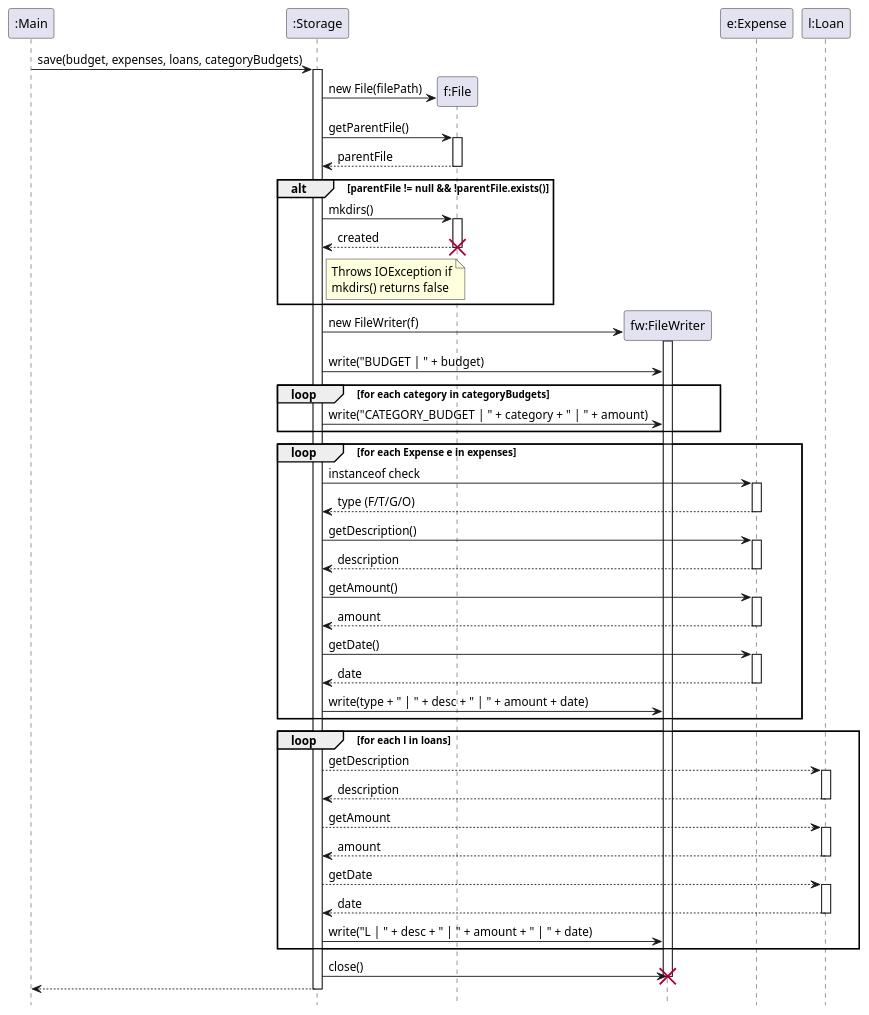
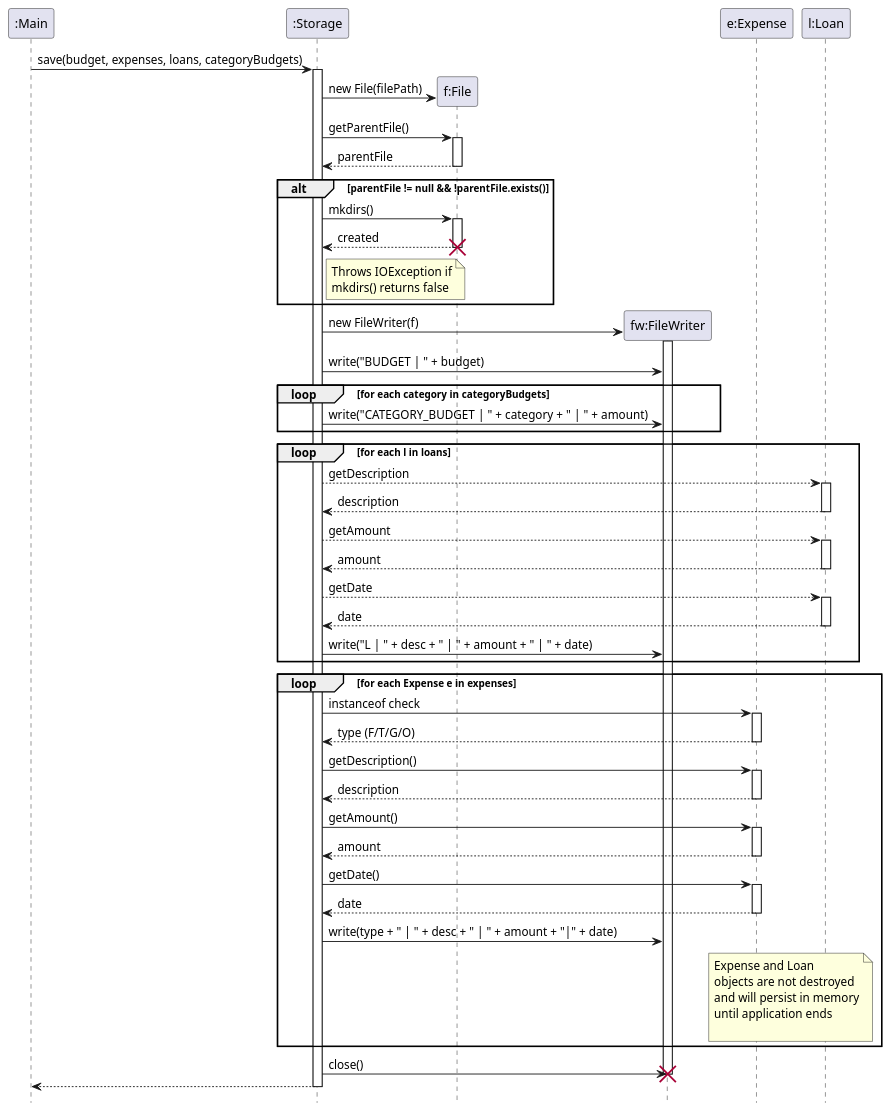
One commit to ivan-tan/tp changed the diagram in docs/Diagrams/storage.save.puml. Above: the diagram before and after it, drawn with PlantUML. The commit also changed 4 other files, not shown here.

```diff
--- a/docs/Diagrams/storage.save.puml
+++ b/docs/Diagrams/storage.save.puml
@@ -1,89 +1,99 @@
 @startuml
 participant ":Main" as Main
 participant ":Storage" as Storage
 participant "f:File" as File
 participant "fw:FileWriter" as FileWriter
 participant "e:Expense" as Expense
 participant "l:Loan" as Loan
 hide footbox
 
 Main -> Storage : save(budget, expenses, loans, categoryBudgets)
 activate Storage
 
 Storage -> File ** : new File(filePath)
 Storage -> File : getParentFile()
 activate File
 File --> Storage : parentFile
 deactivate File
 
 alt parentFile != null && !parentFile.exists()
     Storage -> File : mkdirs()
     activate File
     File --> Storage : created
     destroy File
 
     note right of Storage
         Throws IOException if
         mkdirs() returns false
     end note
 end
 
 create FileWriter
 Storage -> FileWriter : new FileWriter(f)
 activate FileWriter
 
 Storage -> FileWriter : write("BUDGET | " + budget)
 
 loop for each category in categoryBudgets
     Storage -> FileWriter : write("CATEGORY_BUDGET | " + category + " | " + amount)
 end
 
+loop for each l in loans
+    Storage --> Loan : getDescription
+    activate Loan
+    Loan --> Storage : description
+    deactivate Loan
+
+    Storage --> Loan : getAmount
+    activate Loan
+    Loan --> Storage : amount
+    deactivate Loan
+
+    Storage --> Loan : getDate
+    activate Loan
+    Loan --> Storage : date
+    deactivate Loan
+
+    Storage -> FileWriter : write("L | " + desc + " | " + amount + " | " + date)
+end
+
 loop for each Expense e in expenses
     Storage -> Expense : instanceof check
     activate Expense
     Expense --> Storage : type (F/T/G/O)
     deactivate Expense
 
     Storage -> Expense : getDescription()
     activate Expense
     Expense --> Storage : description
     deactivate Expense
 
     Storage -> Expense : getAmount()
     activate Expense
     Expense --> Storage : amount
     deactivate Expense
 
     Storage -> Expense : getDate()
         activate Expense
         Expense --> Storage : date
         deactivate Expense
 
-    Storage -> FileWriter : write(type + " | " + desc + " | " + amount + date)
+    Storage -> FileWriter : write(type + " | " + desc + " | " + amount + "|" + date)
+    note over Expense,Loan
+    Expense and Loan
+    objects are not destroyed
+    and will persist in memory
+    until application ends
+
+    end note
+
 end
 
-loop for each l in loans
-    Storage --> Loan : getDescription
-    activate Loan
-    Loan --> Storage : description
-    deactivate Loan
 
-    Storage --> Loan : getAmount
-    activate Loan
-    Loan --> Storage : amount
-    deactivate Loan
-
-    Storage --> Loan : getDate
-    activate Loan
-    Loan --> Storage : date
-    deactivate Loan
-
-    Storage -> FileWriter : write("L | " + desc + " | " + amount + " | " + date)
-end
 
 Storage -> FileWriter : close()
 destroy FileWriter
 
 Storage --> Main
 deactivate Storage
 @enduml
```
